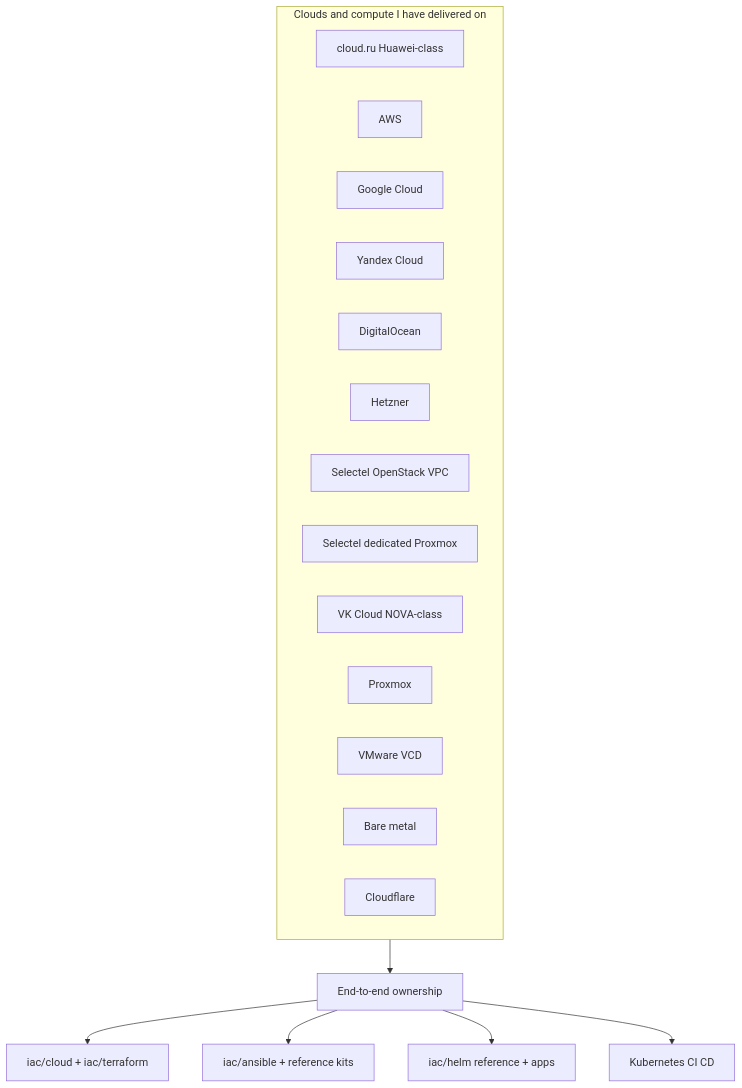
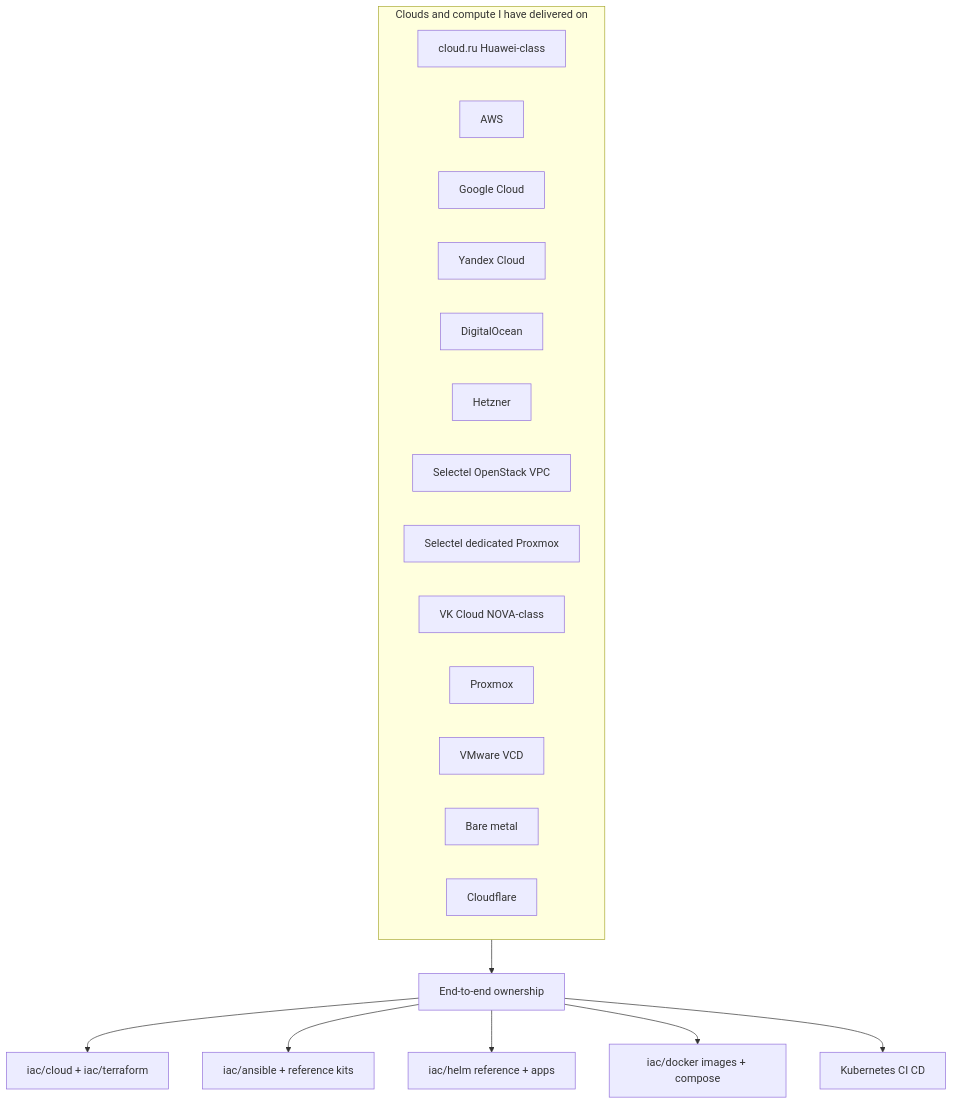
The first of 4 diagrams in README.md (NarberallGamma/narberall-platform-engineer-lab), drawn with Mermaid before and after one commit. The commit also changed other lines of this file and 418 other files, not shown here.

First line of the commit message:
Publish Docker image kits and Compose stacks next to Helm and Ansible.

````diff
--- a/README.md
+++ b/README.md
@@ -85,23 +87,24 @@
 ```mermaid
 flowchart TB
   subgraph clouds [Clouds and compute I have delivered on]
     CR[cloud.ru Huawei-class]
     AWS[AWS]
     GCP[Google Cloud]
     YC[Yandex Cloud]
     DO[DigitalOcean]
     HZ[Hetzner]
     OS[Selectel OpenStack VPC]
     SELD[Selectel dedicated Proxmox]
     VK[VK Cloud NOVA-class]
     PX[Proxmox]
     VM[VMware VCD]
     BM[Bare metal]
     CF[Cloudflare]
   end
   clouds --> Own[End-to-end ownership]
   Own --> IaC[iac/cloud + iac/terraform]
   Own --> ANS[iac/ansible + reference kits]
   Own --> Helm[iac/helm reference + apps]
+  Own --> Dock[iac/docker images + compose]
   Own --> K8s[Kubernetes CI CD]
 ```
````
